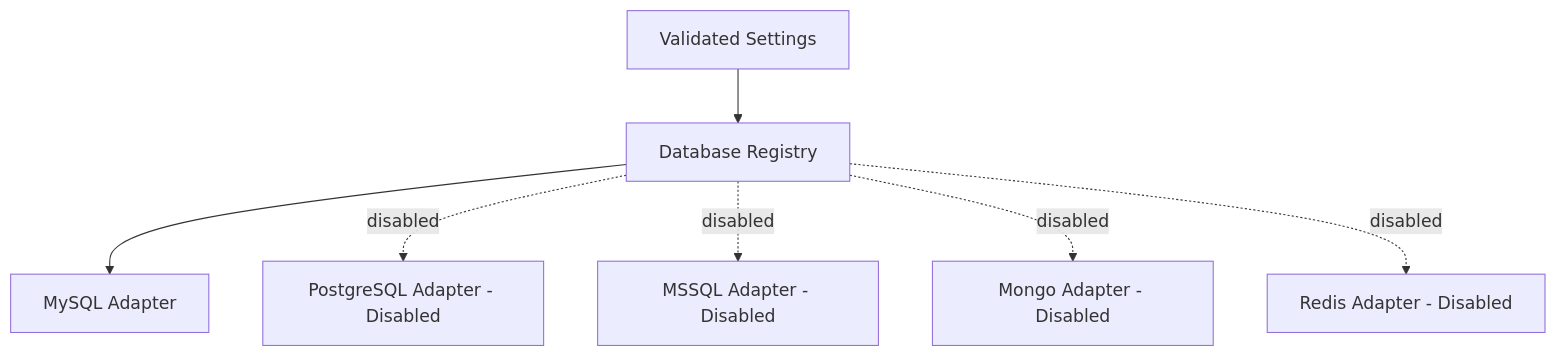
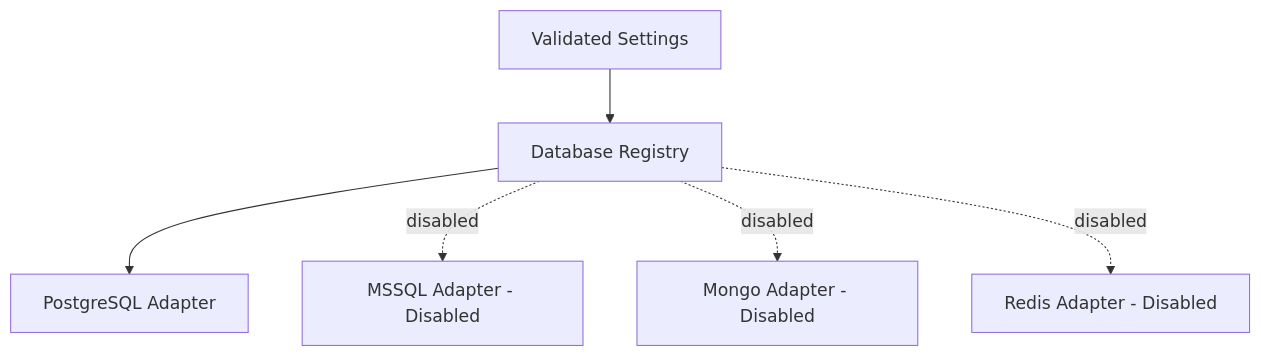
Before and after one commit to shiladityamajumder/fastapi-production-boilerplate: the sixth of 18 diagrams in Architecture.md, drawn with Mermaid. The commit also changed other lines of this file and 25 other files, not shown here.

Commit message:
feat(db): establish PostgreSQL and Alembic foundation with Docker support and tests

````diff
--- a/Architecture.md
+++ b/Architecture.md
@@ -513,17 +513,15 @@
 ```mermaid
 flowchart TD
     Settings[Validated Settings]
     Registry[Database Registry]
-    MySQL[MySQL Adapter]
-    PostgreSQL[PostgreSQL Adapter - Disabled]
+    PostgreSQL[PostgreSQL Adapter]
     MSSQL[MSSQL Adapter - Disabled]
     Mongo[Mongo Adapter - Disabled]
     Redis[Redis Adapter - Disabled]
 
     Settings --> Registry
-    Registry --> MySQL
-    Registry -. disabled .-> PostgreSQL
+    Registry --> PostgreSQL
     Registry -. disabled .-> MSSQL
     Registry -. disabled .-> Mongo
     Registry -. disabled .-> Redis
 ```
````
